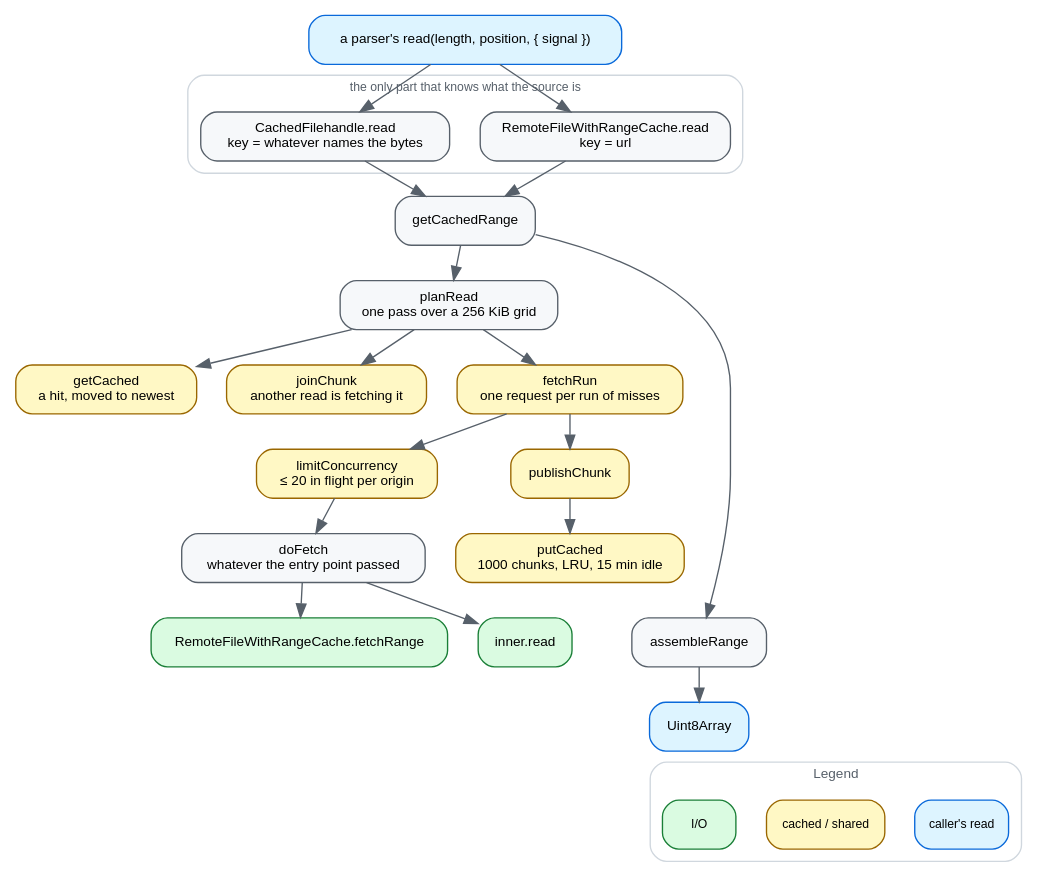
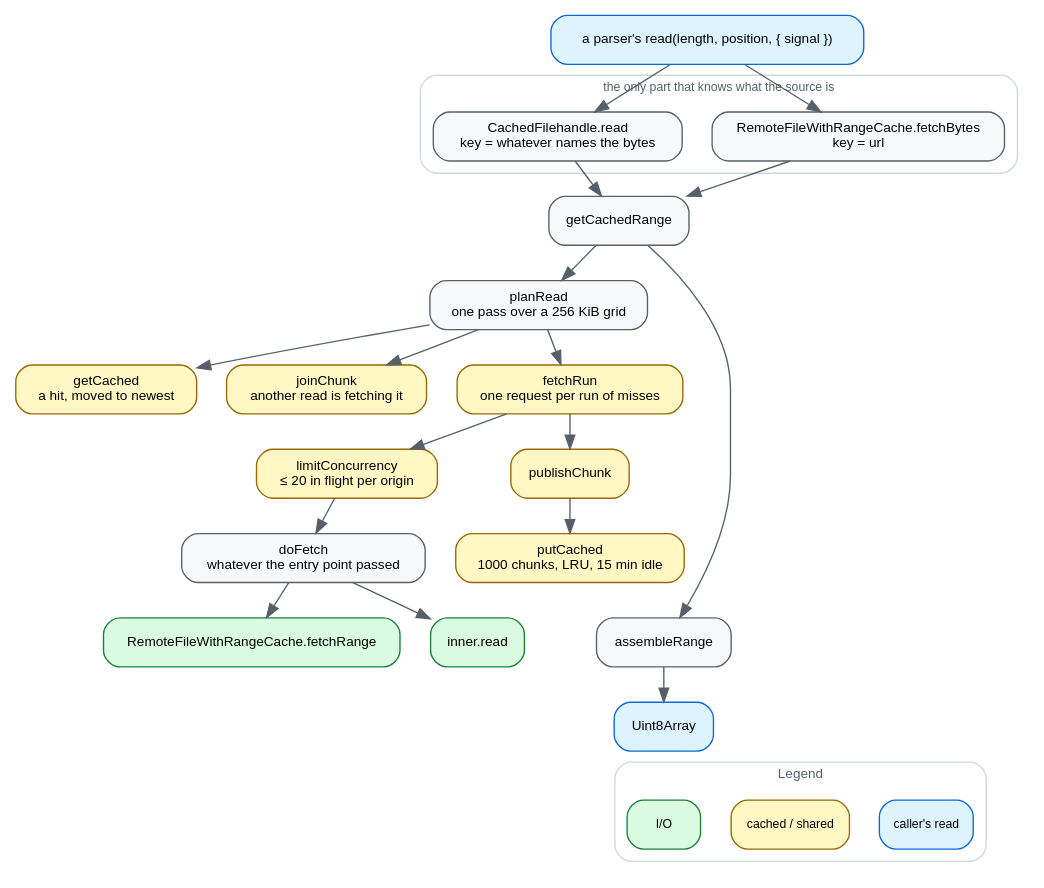
The diagram in docs/img/architecture.dot (GMOD/range-cache-filehandle), drawn with Graphviz before and after one commit. The commit also changed 6 other files, not shown here.

```diff
--- a/docs/img/architecture.dot
+++ b/docs/img/architecture.dot
@@ -1,68 +1,68 @@
 // Generated by scripts/diagrams/architecture.ts — do not edit.
 // Every node is a function in src/, every edge is a call the source makes,
 // and every number comes from src/constants.ts. Regenerate both this and
 // its SVG with: pnpm diagrams
 digraph architecture {
   rankdir=TB
   bgcolor="white"
   nodesep=0.3
   ranksep=0.36
   node [shape=box style="filled,rounded" fontname="Helvetica" fontsize=10 margin="0.14,0.07"]
   edge [color="#57606a" fontname="Helvetica" fontsize=9]
 
   caller [label="a parser's read(length, position, { signal })" fillcolor="#ddf4ff" color="#0969da"]
 
   subgraph cluster_entry {
     label="the only part that knows what the source is"
     labelloc="t" fontname="Helvetica" fontsize=9 fontcolor="#57606a"
     color="#d0d7de" style="rounded" margin=9
-    RemoteFileWithRangeCache_read [label="RemoteFileWithRangeCache.read\nkey = url" fillcolor="#f6f8fa" color="#57606a"]
+    RemoteFileWithRangeCache_fetchBytes [label="RemoteFileWithRangeCache.fetchBytes\nkey = url" fillcolor="#f6f8fa" color="#57606a"]
     CachedFilehandle_read [label="CachedFilehandle.read\nkey = whatever names the bytes" fillcolor="#f6f8fa" color="#57606a"]
   }
 
   chunkCache_ts_getCachedRange [label="getCachedRange" fillcolor="#f6f8fa" color="#57606a"]
   chunkCache_ts_planRead [label="planRead\none pass over a 256 KiB grid" fillcolor="#f6f8fa" color="#57606a"]
   chunkCache_ts_getCached [label="getCached\na hit, moved to newest" fillcolor="#fff8c5" color="#9a6700"]
   chunkCache_ts_joinChunk [label="joinChunk\nanother read is fetching it" fillcolor="#fff8c5" color="#9a6700"]
   chunkCache_ts_fetchRun [label="fetchRun\none request per run of misses" fillcolor="#fff8c5" color="#9a6700"]
   chunkCache_ts_limitConcurrency [label="limitConcurrency\n≤ 20 in flight per origin" fillcolor="#fff8c5" color="#9a6700"]
   doFetch [label="doFetch\nwhatever the entry point passed" fillcolor="#f6f8fa" color="#57606a"]
   chunkCache_ts_publishChunk [label="publishChunk" fillcolor="#fff8c5" color="#9a6700"]
   chunkCache_ts_putCached [label="putCached\n1000 chunks, LRU, 15 min idle" fillcolor="#fff8c5" color="#9a6700"]
   chunkCache_ts_assembleRange [label="assembleRange" fillcolor="#f6f8fa" color="#57606a"]
   RemoteFileWithRangeCache_fetchRange [label="RemoteFileWithRangeCache.fetchRange" fillcolor="#dafbe1" color="#1a7f37"]
   inner_read [label="inner.read" fillcolor="#dafbe1" color="#1a7f37"]
 
   out [label="Uint8Array" fillcolor="#ddf4ff" color="#0969da"]
 
-  caller -> RemoteFileWithRangeCache_read
+  caller -> RemoteFileWithRangeCache_fetchBytes
   caller -> CachedFilehandle_read
-  RemoteFileWithRangeCache_read -> chunkCache_ts_getCachedRange
+  RemoteFileWithRangeCache_fetchBytes -> chunkCache_ts_getCachedRange
   CachedFilehandle_read -> chunkCache_ts_getCachedRange
   chunkCache_ts_getCachedRange -> chunkCache_ts_planRead
   chunkCache_ts_getCachedRange -> chunkCache_ts_assembleRange
   chunkCache_ts_planRead -> chunkCache_ts_getCached
   chunkCache_ts_planRead -> chunkCache_ts_fetchRun
   chunkCache_ts_planRead -> chunkCache_ts_joinChunk
   chunkCache_ts_fetchRun -> chunkCache_ts_limitConcurrency
   chunkCache_ts_fetchRun -> chunkCache_ts_publishChunk
   chunkCache_ts_limitConcurrency -> doFetch
   doFetch -> inner_read
   doFetch -> RemoteFileWithRangeCache_fetchRange
   chunkCache_ts_publishChunk -> chunkCache_ts_putCached
   chunkCache_ts_assembleRange -> out
   chunkCache_ts_putCached -> chunkCache_ts_assembleRange [style=invis]
 
   subgraph cluster_legend {
     label="Legend"
     labelloc="t" fontname="Helvetica" fontsize=10 fontcolor="#57606a"
     color="#d0d7de" style="rounded" margin=9
     node [shape=box style="filled,rounded" fontsize=9 margin="0.1,0.04"]
     l1 [label="I/O" fillcolor="#dafbe1" color="#1a7f37"]
     l2 [label="cached / shared" fillcolor="#fff8c5" color="#9a6700"]
     l3 [label="caller's read" fillcolor="#ddf4ff" color="#0969da"]
     { rank=same; l1; l2; l3 }
     l1 -> l2 -> l3 [style=invis]
   }
   out -> l1 [style=invis]
 }
```
